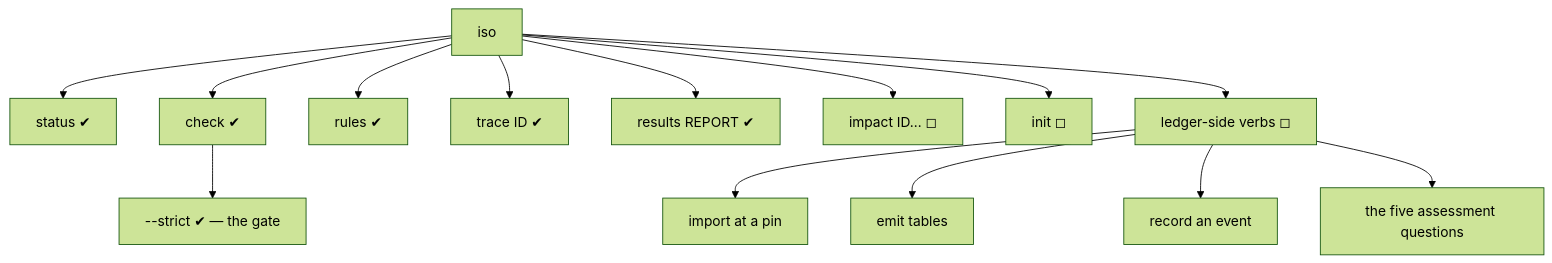
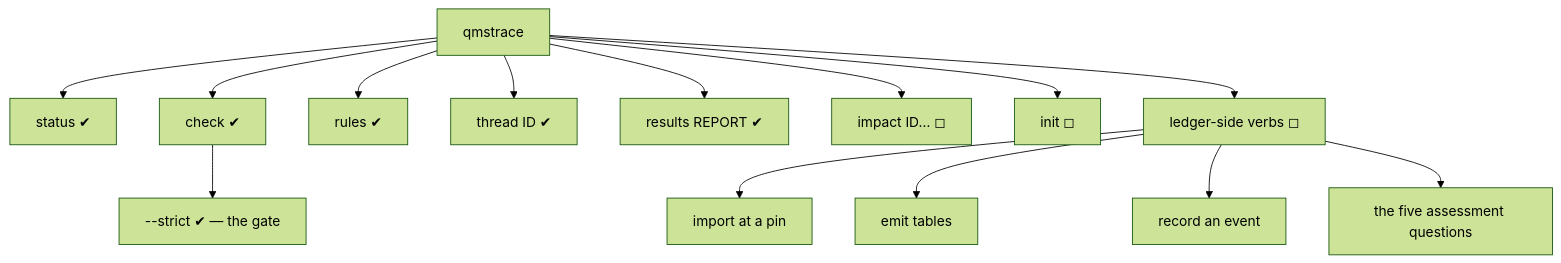
One commit to Lightbridge-KS/qmstrace changed the first of 4 diagrams in docs/design/surface-architecture.md. Above: the diagram before and after it, drawn with Mermaid (forest theme). The commit also changed other lines of this file and 6 other files, not shown here.

````diff
--- a/docs/design/surface-architecture.md
+++ b/docs/design/surface-architecture.md
@@ -56,16 +56,16 @@
 ```mermaid
 flowchart TD
-    iso["iso"] --> status["status ✔"]
-    iso --> check["check ✔"]
+    cli["qmstrace"] --> status["status ✔"]
+    cli --> check["check ✔"]
     check --> strict["--strict ✔ — the gate"]
-    iso --> rules["rules ✔"]
-    iso --> trace["trace ID ✔"]
-    iso --> results["results REPORT ✔"]
-    iso --> impact["impact ID… ◻"]
-    iso --> init["init ◻"]
-    iso --> ledger["ledger-side verbs ◻"]
+    cli --> rules["rules ✔"]
+    cli --> thread["thread ID ✔"]
+    cli --> results["results REPORT ✔"]
+    cli --> impact["impact ID… ◻"]
+    cli --> init["init ◻"]
+    cli --> ledger["ledger-side verbs ◻"]
     ledger --> import["import at a pin"]
     ledger --> emit["emit tables"]
     ledger --> event["record an event"]
     ledger --> demo["the five assessment questions"]
 ```
````
